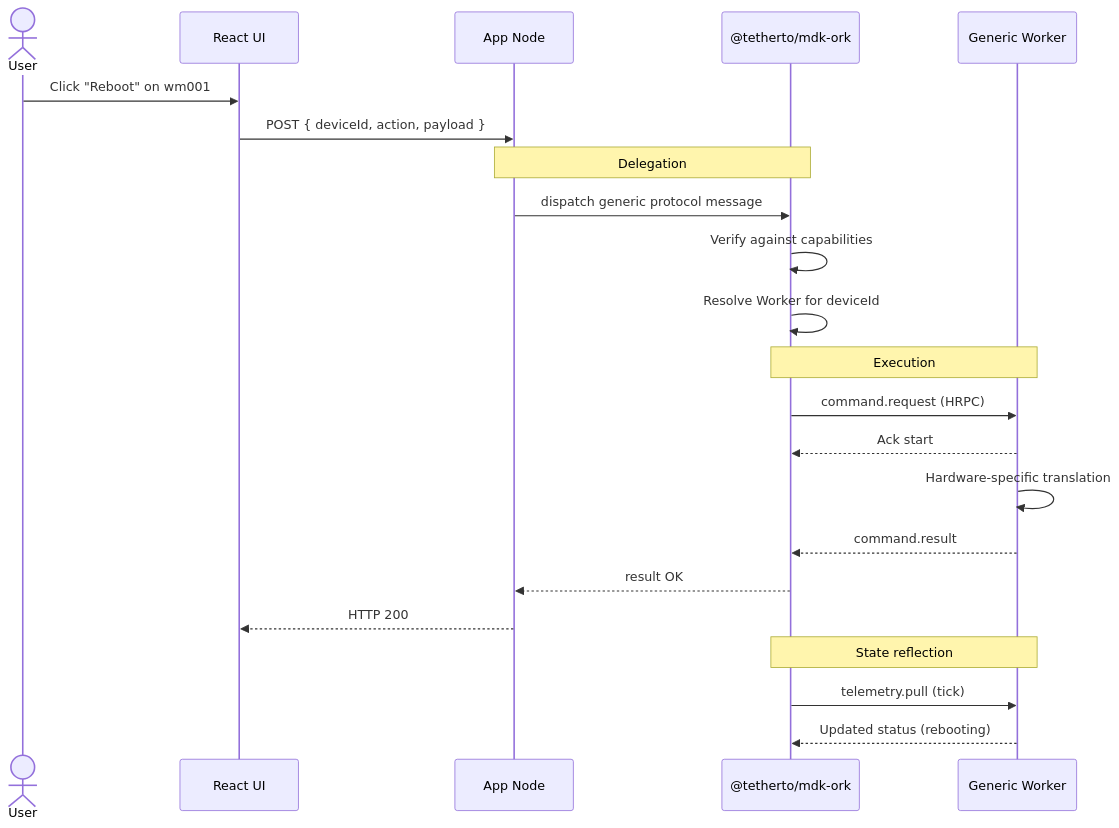
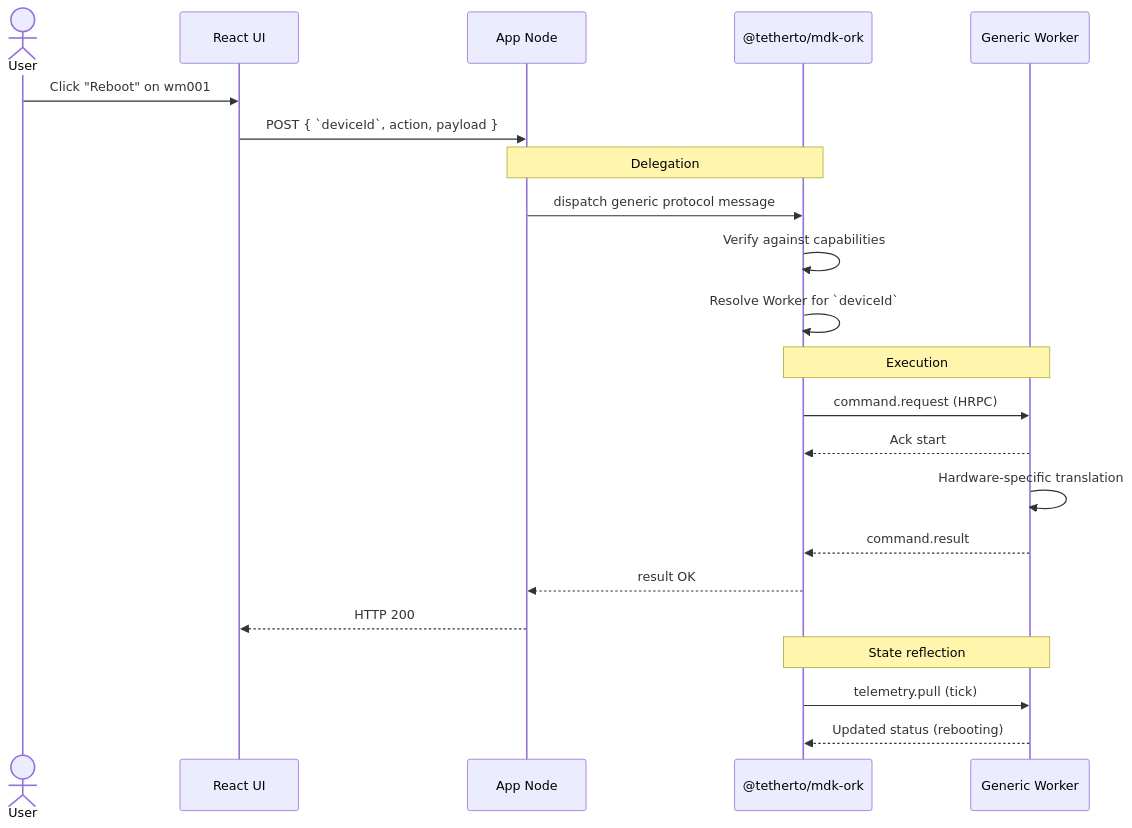
Before and after one commit to tetherto/mdk: the fourth of 6 diagrams in docs/concepts/architecture.md, drawn with Mermaid. The commit also changed other lines of this file and 143 other files, not shown here.

````diff
--- a/docs/concepts/architecture.md
+++ b/docs/concepts/architecture.md
@@ -284,29 +232,29 @@
 ```mermaid
 sequenceDiagram
     actor User
     participant UI as React UI
     participant Node as App Node
     participant ORK as @tetherto/mdk-ork
     participant Worker as Generic Worker
 
     User->>UI: Click "Reboot" on wm001
-    UI->>Node: POST { deviceId, action, payload }
+    UI->>Node: POST { `deviceId`, action, payload }
 
     Note over Node,ORK: Delegation
     Node->>ORK: dispatch generic protocol message
     ORK->>ORK: Verify against capabilities
-    ORK->>ORK: Resolve Worker for deviceId
+    ORK->>ORK: Resolve Worker for `deviceId`
 
     Note over ORK,Worker: Execution
     ORK->>Worker: command.request (HRPC)
     Worker-->>ORK: Ack start
     Worker->>Worker: Hardware-specific translation
     Worker-->>ORK: command.result
 
     ORK-->>Node: result OK
     Node-->>UI: HTTP 200
 
     Note over Worker,ORK: State reflection
     ORK->>Worker: telemetry.pull (tick)
     Worker-->>ORK: Updated status (rebooting)
 ```
````
